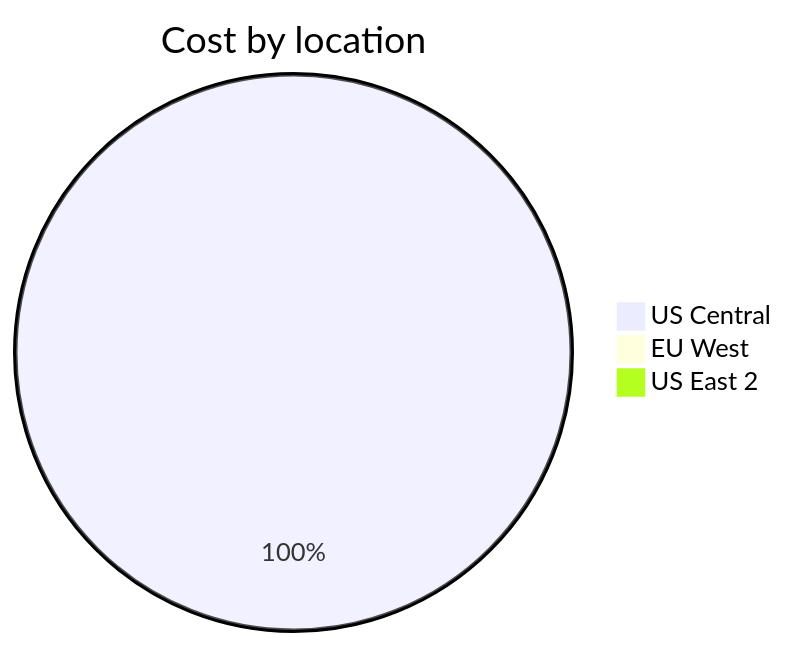
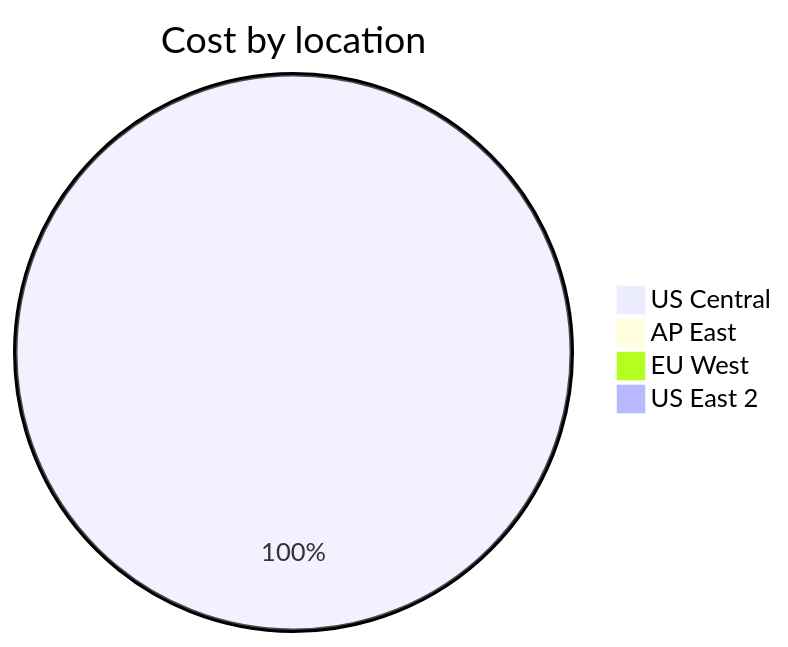
Before and after one commit to jpfulton/azure-personal-reports: the third of 4 diagrams in cost-reports/personal-site/personal-site-preview.md, drawn with Mermaid. The commit also changed other lines of this file and 6 other files, not shown here.

````diff
--- a/cost-reports/personal-site/personal-site-preview.md
+++ b/cost-reports/personal-site/personal-site-preview.md
@@ -109,7 +110,8 @@
 ```mermaid
 pie
    title Cost by location
-   "US Central" : 2.05
+   "US Central" : 2.34
+   "AP East" : 0.00
    "EU West" : 0.00
    "US East 2" : 0.00
 ```
````
